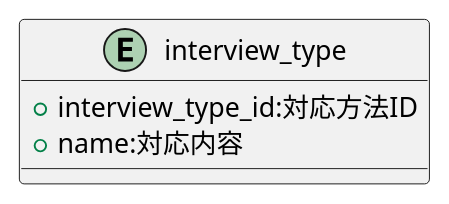
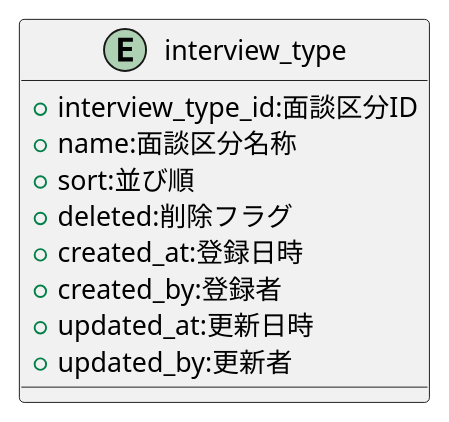
Before and after one commit to popoposorara/ERP_ER: the diagram in Entity/interview_type.pu, drawn with PlantUML. The commit also changed 30 other files, not shown here.

```diff
--- a/Entity/interview_type.pu
+++ b/Entity/interview_type.pu
@@ -1,8 +1,14 @@
 @startuml
 
 entity "interview_type"{
-    + interview_type_id:対応方法ID
-    + name:対応内容
+    + interview_type_id:面談区分ID
+    + name:面談区分名称
+    + sort:並び順
+    + deleted:削除フラグ
+    + created_at:登録日時
+    + created_by:登録者
+    + updated_at:更新日時
+    + updated_by:更新者
 }
 
 @enduml
```
